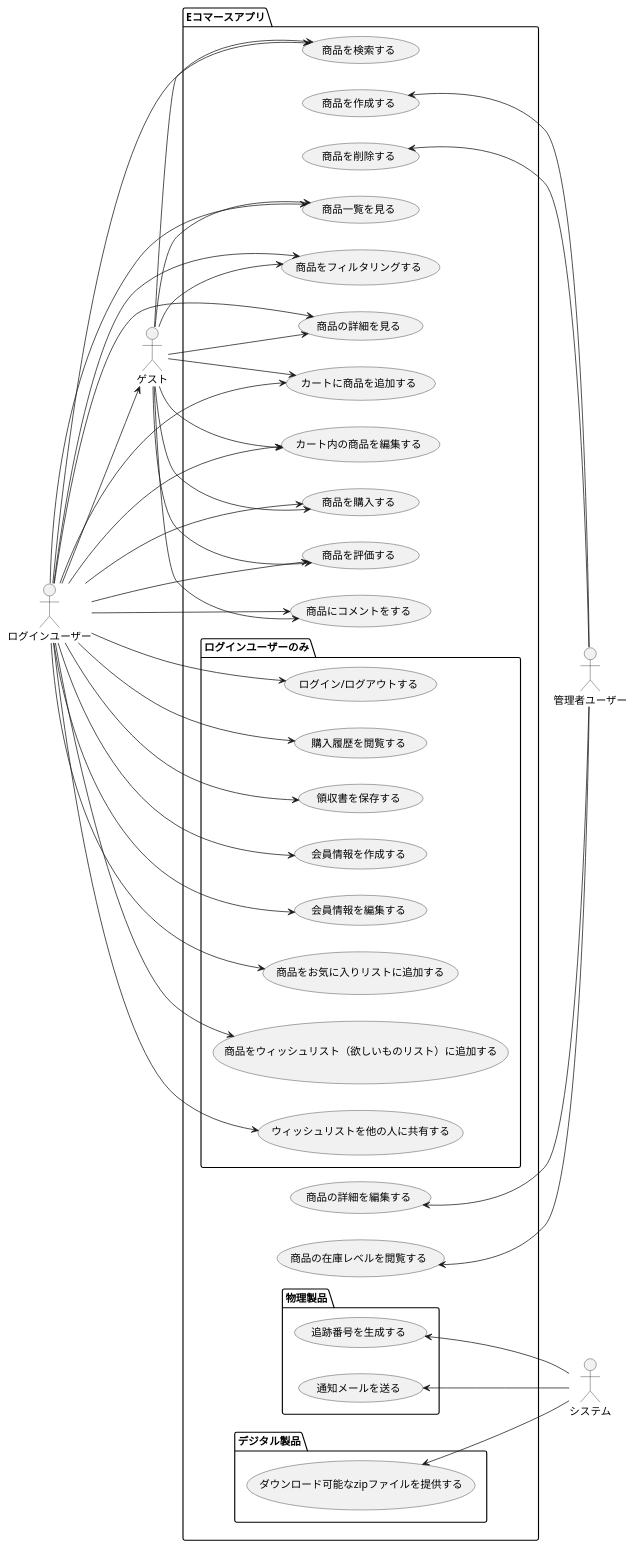
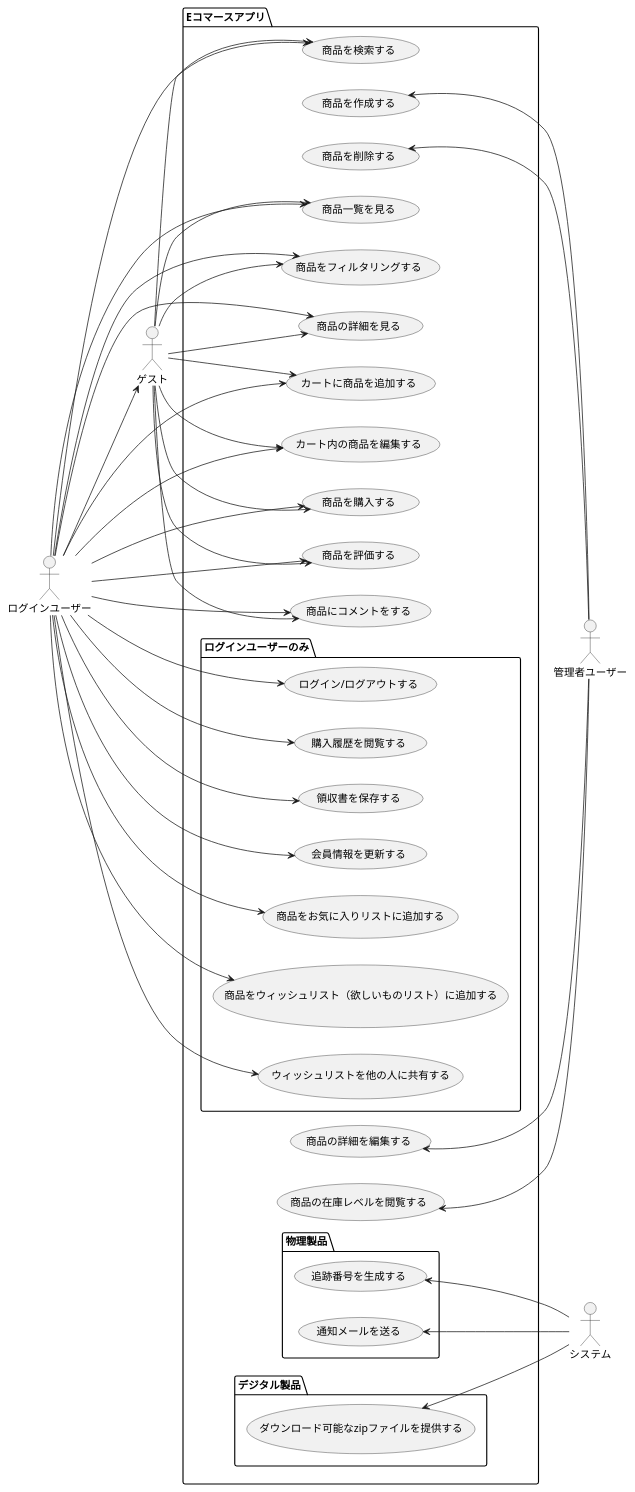
The diagram in diagram/usecase.pu (AkinoJoey/E-Commerce-Prototype), drawn with PlantUML before and after one commit.

Commit message:
更新

```diff
--- a/diagram/usecase.pu
+++ b/diagram/usecase.pu
@@ -1,84 +1,82 @@
 @startuml usecase
 left to right direction
 actor ログインユーザー as loginUser
 actor ゲスト as guest
 actor 管理者ユーザー as admin
 actor システム as system
 
 package Eコマースアプリ{
 (商品を検索する) as searchProducts
 (商品一覧を見る) as viewProducts
 (商品をフィルタリングする) as fiterProducts
 (商品の詳細を見る) as viewProductDetails
 (カートに商品を追加する) as addProductToCart
 (カート内の商品を編集する) as editProductInCart
 (商品を購入する) as purchaseProduct
 (商品を評価する) as rateProduct
 (商品にコメントをする) as commentToProduct
 
 package ログインユーザーのみ{
     (ログイン/ログアウトする) as loginLogout
     (購入履歴を閲覧する) as viewPurchaseHistory
     (領収書を保存する) as saveRecipt
-    (会員情報を作成する) as makeCustomerInfo
-    (会員情報を編集する) as editCustomerInfo
+    (会員情報を更新する) as updateCustomerInfo
     (商品をお気に入りリストに追加する) as addProductToFavoriteList
     (商品をウィッシュリスト（欲しいものリスト）に追加する) as addProductToWishList
     (ウィッシュリストを他の人に共有する) as shareWishList
 }
 
 
 (商品を作成する) as addProduct
 (商品を削除する) as removeProduct
 (商品の詳細を編集する) as editProductDetails
 (商品の在庫レベルを閲覧する) as checkProductInventory
 
 package 物理製品{
     (追跡番号を生成する) as generateTrackingNumber
     (通知メールを送る) as sendOrderNotification
 }
 
 package デジタル製品{
     (ダウンロード可能なzipファイルを提供する) as provideZipfile
 }
 
 }
 
 loginUser --> guest
 loginUser --> searchProducts
 loginUser --> viewProducts
 loginUser --> fiterProducts
 loginUser --> viewProductDetails
 loginUser --> addProductToCart
 loginUser --> editProductInCart
 loginUser --> purchaseProduct
 loginUser --> rateProduct
 loginUser --> commentToProduct
 loginUser --> loginLogout
 loginUser --> viewPurchaseHistory
 loginUser --> saveRecipt
-loginUser --> makeCustomerInfo
-loginUser --> editCustomerInfo
+loginUser --> updateCustomerInfo
 loginUser --> addProductToFavoriteList
 loginUser --> addProductToWishList
 loginUser --> shareWishList
 
 guest --> searchProducts
 guest --> viewProducts
 guest --> fiterProducts
 guest --> viewProductDetails
 guest --> addProductToCart
 guest --> editProductInCart
 guest --> purchaseProduct
 guest --> rateProduct
 guest --> commentToProduct
 
 addProduct <-- admin
 removeProduct <-- admin
 editProductDetails <-- admin
 checkProductInventory <-- admin
 
 generateTrackingNumber <-- system
 sendOrderNotification <-- system
 provideZipfile <-- system
 @enduml
```
